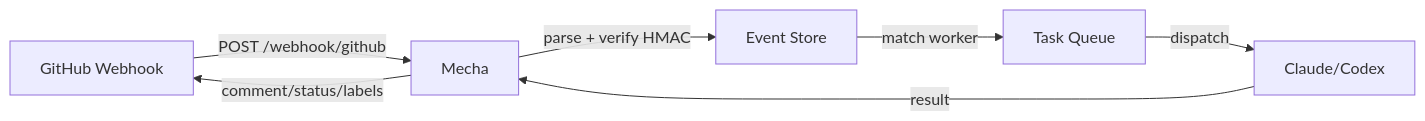
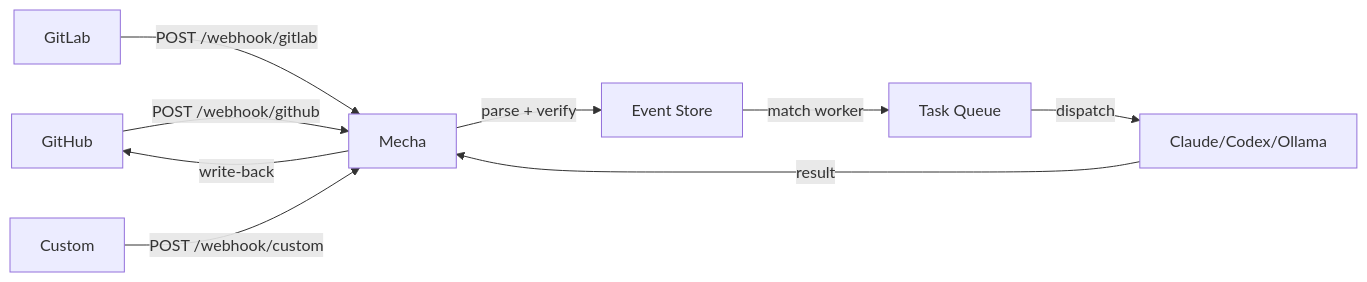
One commit to xiaolai/mecha.im changed the first of 2 diagrams in docs/guide/events.md. Above: the diagram before and after it, drawn with Mermaid. The commit also changed other lines of this file and 1 other file, not shown here.

First line of the commit message:
docs: add adapter workers, disposable containers, GitLab/generic sources

````diff
--- a/docs/guide/events.md
+++ b/docs/guide/events.md
@@ -12,9 +12,11 @@
 ```mermaid
 flowchart LR
-    GH[GitHub Webhook] -->|POST /webhook/github| Mecha
-    Mecha -->|parse + verify HMAC| Event[Event Store]
+    GH[GitHub] -->|POST /webhook/github| Mecha
+    GL[GitLab] -->|POST /webhook/gitlab| Mecha
+    Custom[Custom] -->|POST /webhook/custom| Mecha
+    Mecha -->|parse + verify| Event[Event Store]
     Event -->|match worker| Task[Task Queue]
-    Task -->|dispatch| Worker[Claude/Codex]
+    Task -->|dispatch| Worker[Claude/Codex/Ollama]
     Worker -->|result| Mecha
-    Mecha -->|comment/status/labels| GH
+    Mecha -->|write-back| GH
 ```
````
